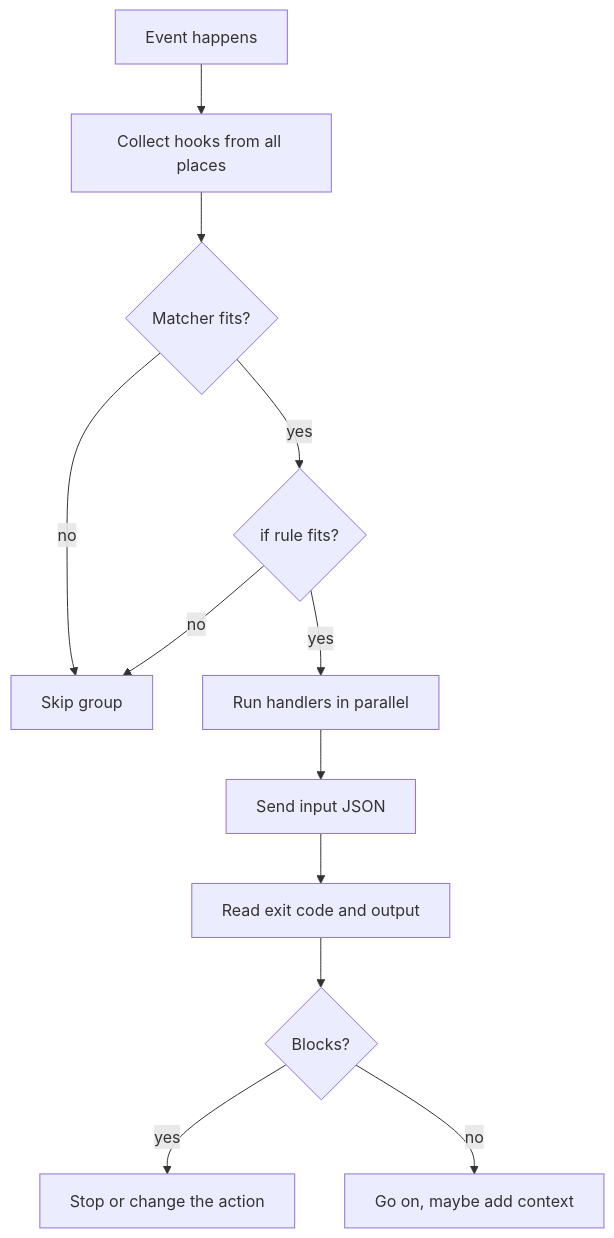
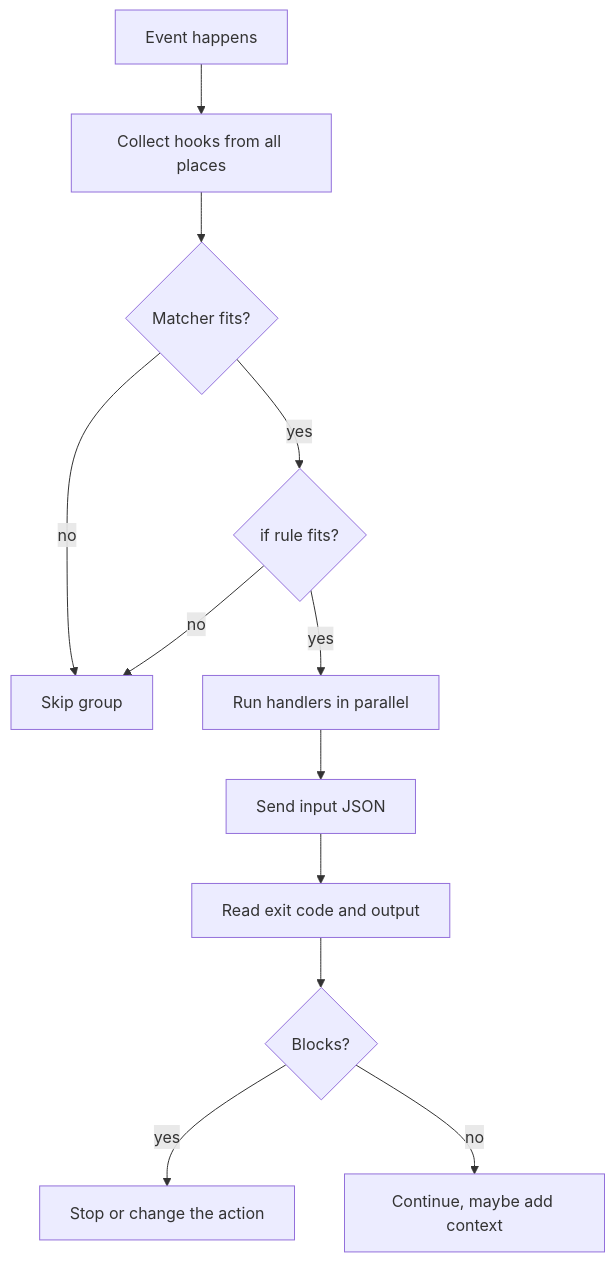
One commit to xsyetopz/claude-code-docs changed the diagram in docs/extend/hooks/index.md. Above: the diagram before and after it, drawn with Mermaid. The commit also changed other lines of this file and 192 other files, not shown here.

````diff
--- a/docs/extend/hooks/index.md
+++ b/docs/extend/hooks/index.md
@@ -95,14 +84,14 @@
 ```mermaid
 flowchart TD
     A[Event happens] --> B[Collect hooks from all places]
     B --> C{Matcher fits?}
     C -- no --> Z[Skip group]
     C -- yes --> D{if rule fits?}
     D -- no --> Z
     D -- yes --> E[Run handlers in parallel]
     E --> F[Send input JSON]
     F --> G[Read exit code and output]
     G --> H{Blocks?}
     H -- yes --> I[Stop or change the action]
-    H -- no --> J[Go on, maybe add context]
+    H -- no --> J[Continue, maybe add context]
 ```
````
